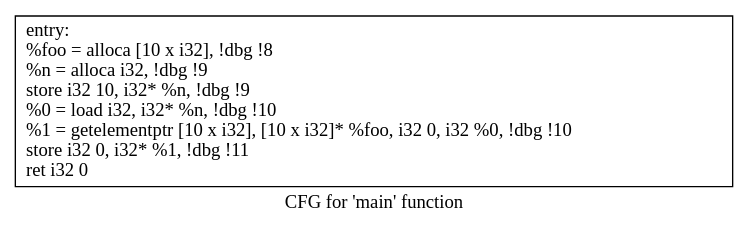
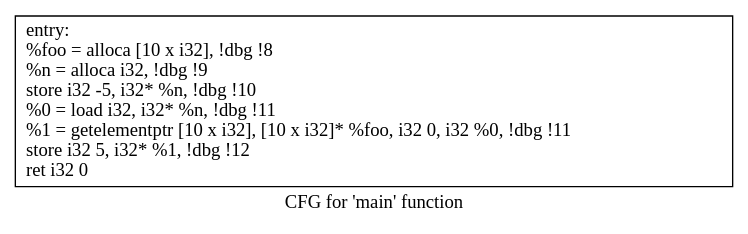
Before and after one commit to Lentosy/Master-Informatica: the diagram in Semester II/Compilers/Labo/4. Intermediate Representation/ir_files/cfg.main.dot, drawn with Graphviz. The commit also changed 10 other files, not shown here.

```diff
--- a/Semester II/Compilers/Labo/4. Intermediate Representation/ir_files/cfg.main.dot
+++ b/Semester II/Compilers/Labo/4. Intermediate Representation/ir_files/cfg.main.dot
@@ -1,5 +1,5 @@
 digraph "CFG for 'main' function" {
 	label="CFG for 'main' function";
 
-	Node0x5558087dba20 [shape=record,label="{entry:\l  %foo = alloca [10 x i32], !dbg !8\l  %n = alloca i32, !dbg !9\l  store i32 10, i32* %n, !dbg !9\l  %0 = load i32, i32* %n, !dbg !10\l  %1 = getelementptr [10 x i32], [10 x i32]* %foo, i32 0, i32 %0, !dbg !10\l  store i32 0, i32* %1, !dbg !11\l  ret i32 0\l}"];
+	Node0x55f1aef73a60 [shape=record,label="{entry:\l  %foo = alloca [10 x i32], !dbg !8\l  %n = alloca i32, !dbg !9\l  store i32 -5, i32* %n, !dbg !10\l  %0 = load i32, i32* %n, !dbg !11\l  %1 = getelementptr [10 x i32], [10 x i32]* %foo, i32 0, i32 %0, !dbg !11\l  store i32 5, i32* %1, !dbg !12\l  ret i32 0\l}"];
 }
```
